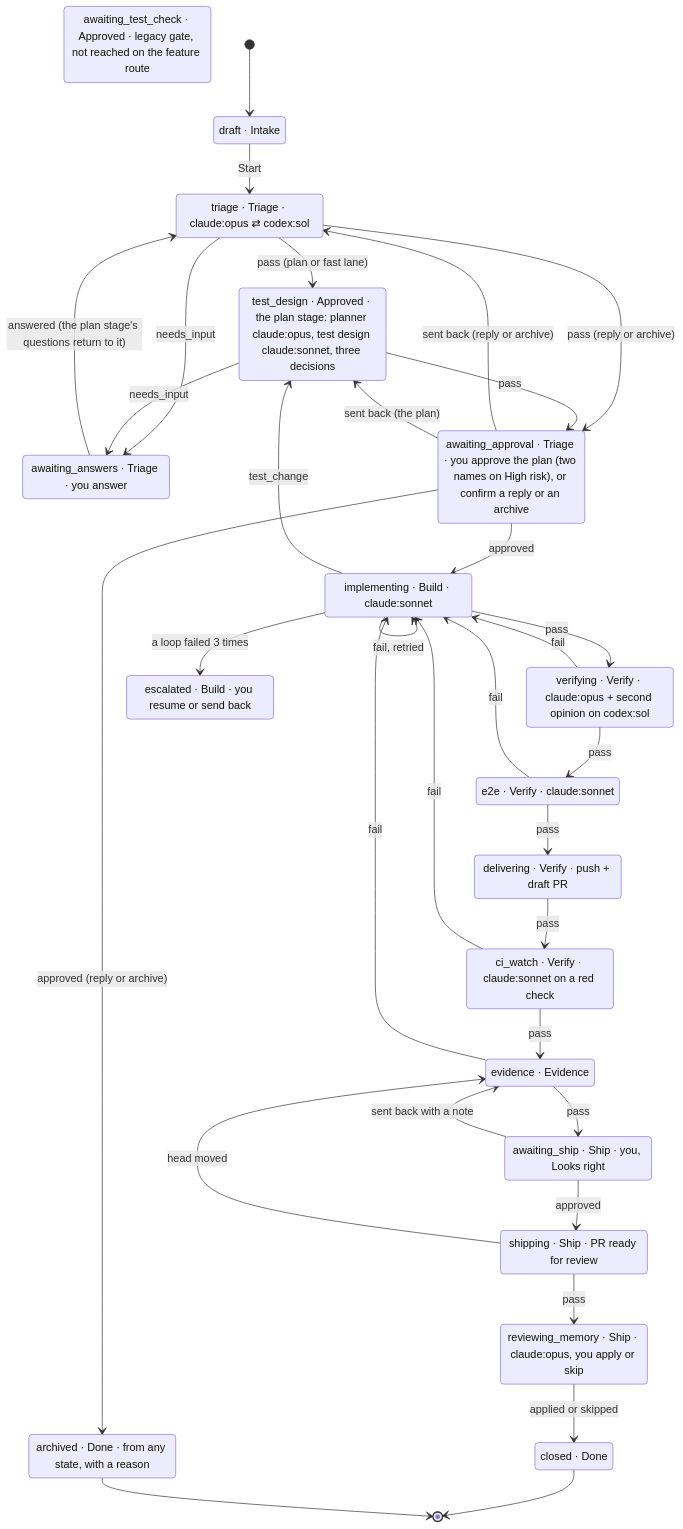
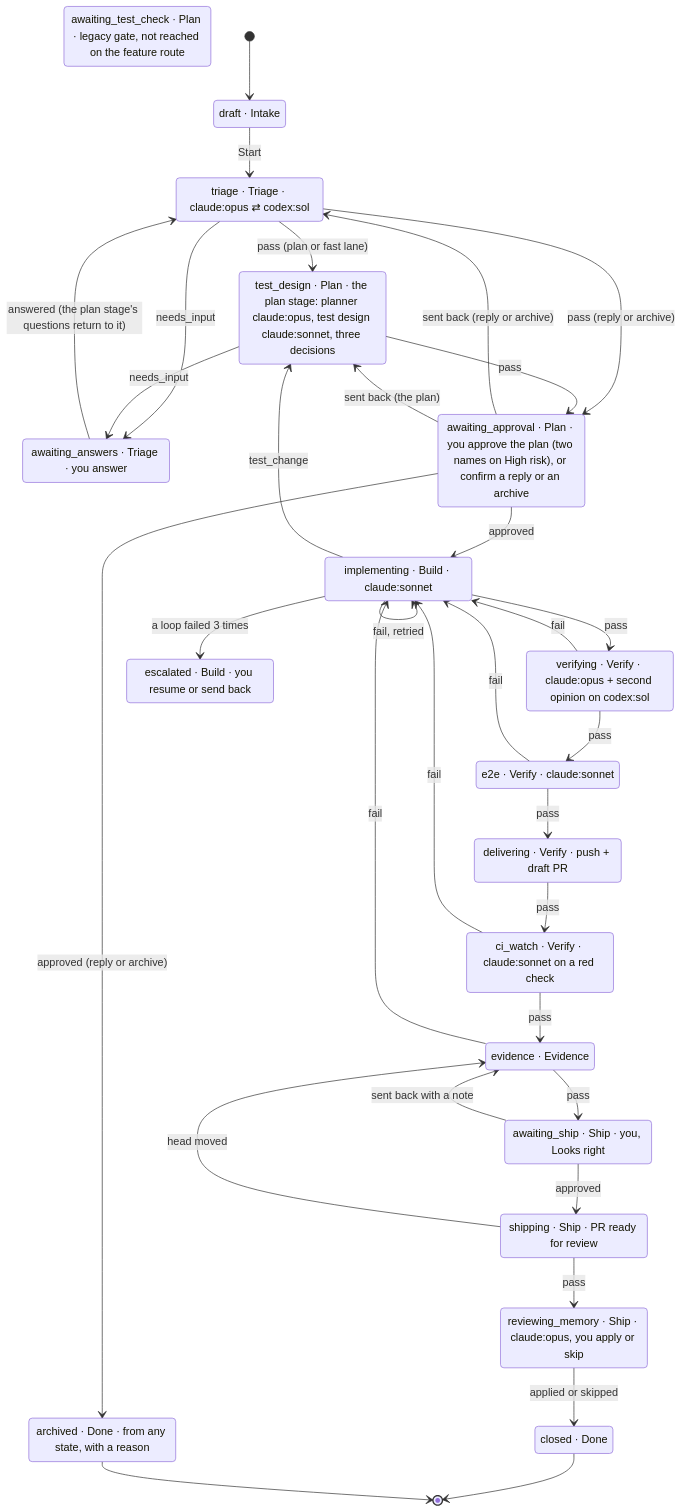
The second of 3 diagrams in docs/architecture.md (HigorAlves/luna-tui), drawn with Mermaid before and after one commit. The commit also changed other lines of this file and 4 other files, not shown here.

Commit message:
feat(board): columns follow the diagram's seven stages

````diff
--- a/docs/architecture.md
+++ b/docs/architecture.md
@@ -114,55 +114,55 @@
 ```mermaid
 stateDiagram-v2
   direction TB
   draft: draft · Intake
   triage: triage · Triage · claude:opus ⇄ codex:sol
   awaiting_answers: awaiting_answers · Triage · you answer
-  awaiting_approval: awaiting_approval · Triage · you approve the plan (two names on High risk), or confirm a reply or an archive
-  test_design: test_design · Approved · the plan stage: planner claude:opus, test design claude:sonnet, three decisions
-  awaiting_test_check: awaiting_test_check · Approved · legacy gate, not reached on the feature route
+  awaiting_approval: awaiting_approval · Plan · you approve the plan (two names on High risk), or confirm a reply or an archive
+  test_design: test_design · Plan · the plan stage: planner claude:opus, test design claude:sonnet, three decisions
+  awaiting_test_check: awaiting_test_check · Plan · legacy gate, not reached on the feature route
   implementing: implementing · Build · claude:sonnet
   verifying: verifying · Verify · claude:opus + second opinion on codex:sol
   e2e: e2e · Verify · claude:sonnet
   delivering: delivering · Verify · push + draft PR
   ci_watch: ci_watch · Verify · claude:sonnet on a red check
   evidence: evidence · Evidence
   awaiting_ship: awaiting_ship · Ship · you, Looks right
   shipping: shipping · Ship · PR ready for review
   reviewing_memory: reviewing_memory · Ship · claude:opus, you apply or skip
   escalated: escalated · Build · you resume or send back
   closed: closed · Done
   archived: archived · Done · from any state, with a reason
 
   [*] --> draft
   draft --> triage: Start
   triage --> awaiting_answers: needs_input
   awaiting_answers --> triage: answered (the plan stage's questions return to it)
   triage --> test_design: pass (plan or fast lane)
   triage --> awaiting_approval: pass (reply or archive)
   awaiting_approval --> triage: sent back (reply or archive)
   awaiting_approval --> archived: approved (reply or archive)
   test_design --> awaiting_approval: pass
   test_design --> awaiting_answers: needs_input
   awaiting_approval --> test_design: sent back (the plan)
   awaiting_approval --> implementing: approved
   implementing --> verifying: pass
   implementing --> implementing: fail, retried
   implementing --> test_design: test_change
   verifying --> e2e: pass
   e2e --> delivering: pass
   delivering --> ci_watch: pass
   ci_watch --> evidence: pass
   evidence --> awaiting_ship: pass
   verifying --> implementing: fail
   e2e --> implementing: fail
   ci_watch --> implementing: fail
   evidence --> implementing: fail
   awaiting_ship --> evidence: sent back with a note
   shipping --> evidence: head moved
   implementing --> escalated: a loop failed 3 times
   awaiting_ship --> shipping: approved
   shipping --> reviewing_memory: pass
   reviewing_memory --> closed: applied or skipped
   closed --> [*]
   archived --> [*]
 ```
````
